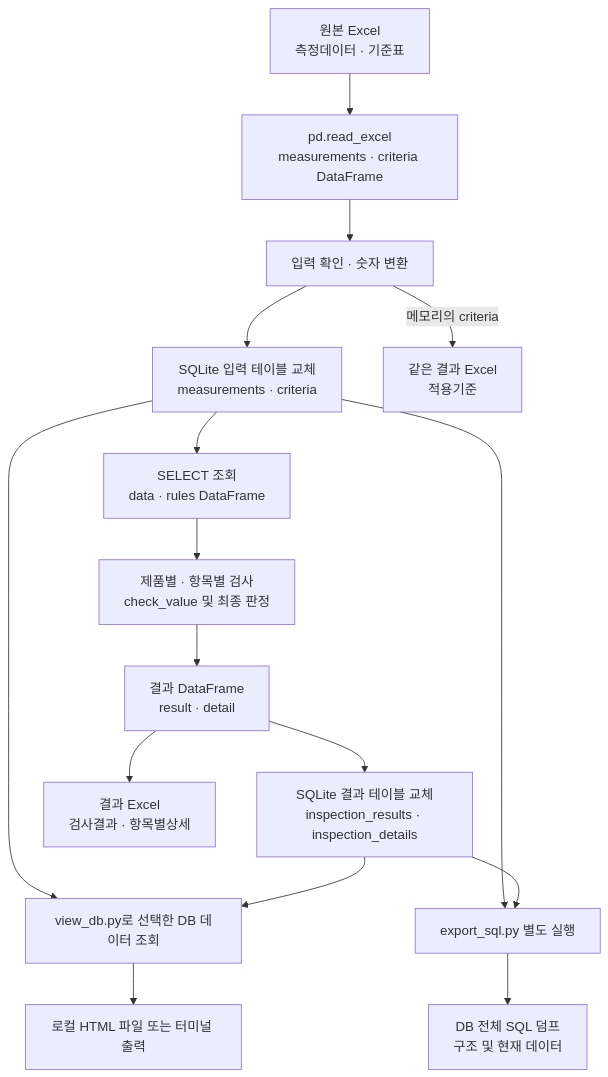
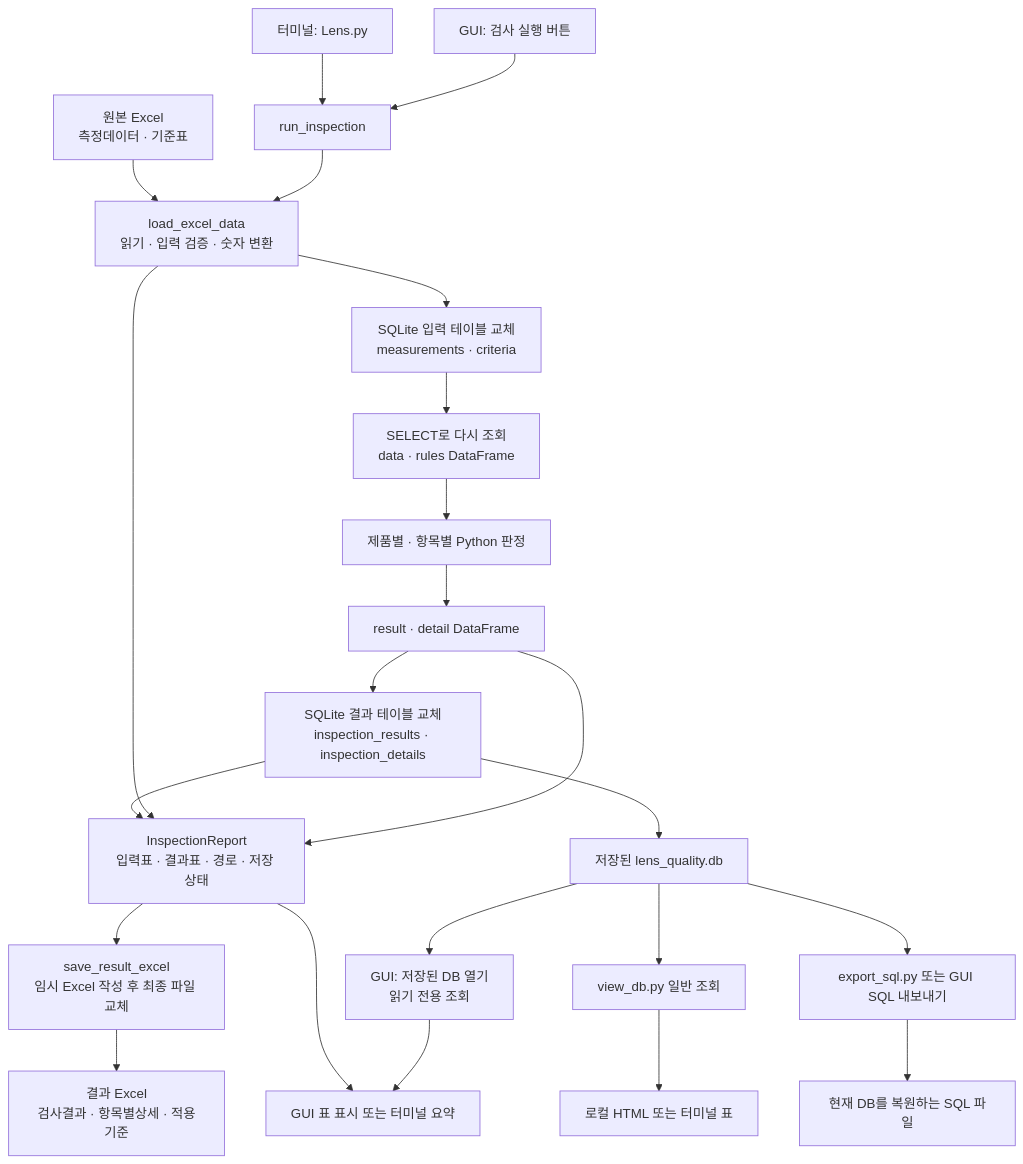
Before and after one commit to ungjo/lens_quality: the diagram in docs/data-flow.md, drawn with Mermaid. The commit also changed other lines of this file and 3 other files, not shown here.

````diff
--- a/docs/data-flow.md
+++ b/docs/data-flow.md
@@ -14,18 +17,25 @@
 ```mermaid
 flowchart TD
-    A["원본 Excel<br/>측정데이터 · 기준표"] --> B["pd.read_excel<br/>measurements · criteria DataFrame"]
-    B --> C["입력 확인 · 숫자 변환"]
-    C --> D["SQLite 입력 테이블 교체<br/>measurements · criteria"]
-    D --> E["SELECT 조회<br/>data · rules DataFrame"]
-    E --> F["제품별 · 항목별 검사<br/>check_value 및 최종 판정"]
-    F --> G["결과 DataFrame<br/>result · detail"]
-    G --> H["SQLite 결과 테이블 교체<br/>inspection_results · inspection_details"]
-    G --> I["결과 Excel<br/>검사결과 · 항목별상세"]
-    C -->|메모리의 criteria| J["같은 결과 Excel<br/>적용기준"]
-    D --> K["view_db.py로 선택한 DB 데이터 조회"]
-    H --> K
-    K --> L["로컬 HTML 파일 또는 터미널 출력"]
-    D --> M["export_sql.py 별도 실행"]
-    H --> M
-    M --> N["DB 전체 SQL 덤프<br/>구조 및 현재 데이터"]
+    CLI["터미널: Lens.py"] --> RUN["run_inspection"]
+    BTN["GUI: 검사 실행 버튼"] --> RUN
+    X["원본 Excel<br/>측정데이터 · 기준표"] --> READ["load_excel_data<br/>읽기 · 입력 검증 · 숫자 변환"]
+    RUN --> READ
+    READ --> INPUTDB["SQLite 입력 테이블 교체<br/>measurements · criteria"]
+    INPUTDB --> SELECT["SELECT로 다시 조회<br/>data · rules DataFrame"]
+    SELECT --> CHECK["제품별 · 항목별 Python 판정"]
+    CHECK --> FRAME["result · detail DataFrame"]
+    FRAME --> RESULTDB["SQLite 결과 테이블 교체<br/>inspection_results · inspection_details"]
+    RESULTDB --> REPORT["InspectionReport<br/>입력표 · 결과표 · 경로 · 저장 상태"]
+    READ --> REPORT
+    FRAME --> REPORT
+    REPORT --> SAVE["save_result_excel<br/>임시 Excel 작성 후 최종 파일 교체"]
+    SAVE --> EXCEL["결과 Excel<br/>검사결과 · 항목별상세 · 적용기준"]
+    REPORT --> SCREEN["GUI 표 표시 또는 터미널 요약"]
+    RESULTDB --> DB
+    DB["저장된 lens_quality.db"] --> LOAD["GUI: 저장된 DB 열기<br/>읽기 전용 조회"]
+    LOAD --> SCREEN
+    DB --> VIEW["view_db.py 일반 조회"]
+    VIEW --> HTML["로컬 HTML 또는 터미널 표"]
+    DB --> EXPORT["export_sql.py 또는 GUI SQL 내보내기"]
+    EXPORT --> SQL["현재 DB를 복원하는 SQL 파일"]
 ```
````
